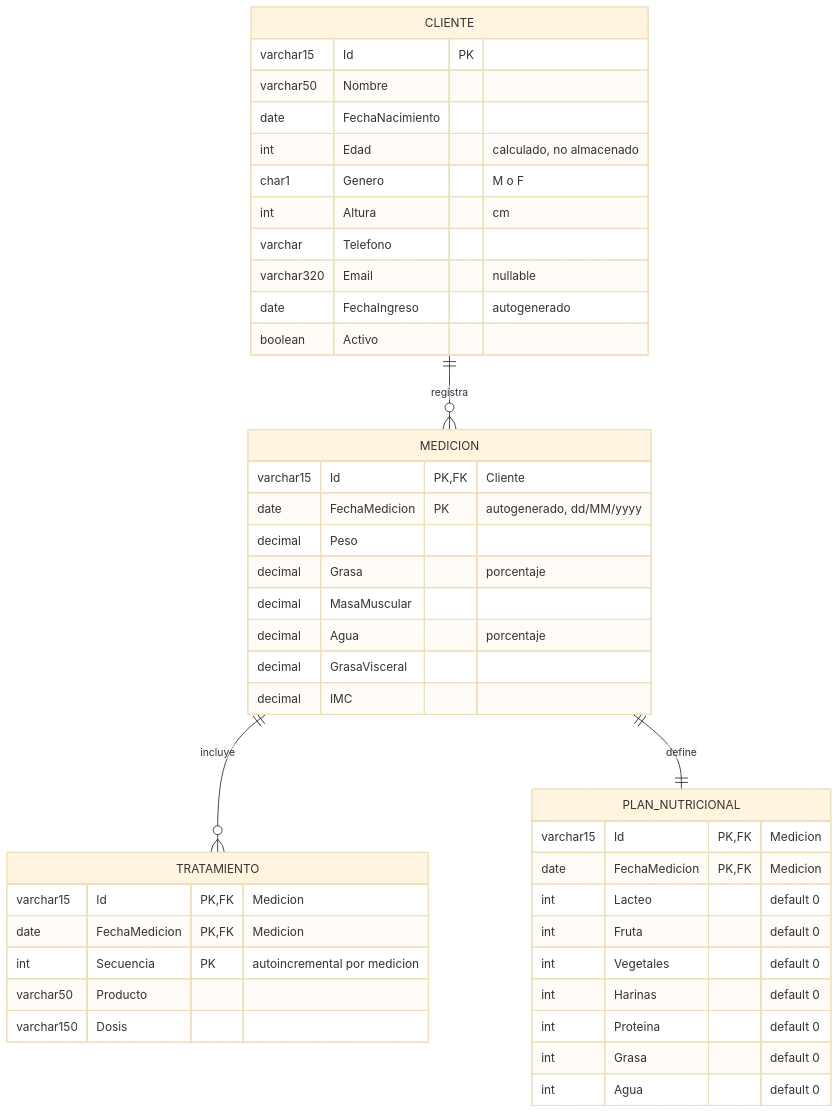
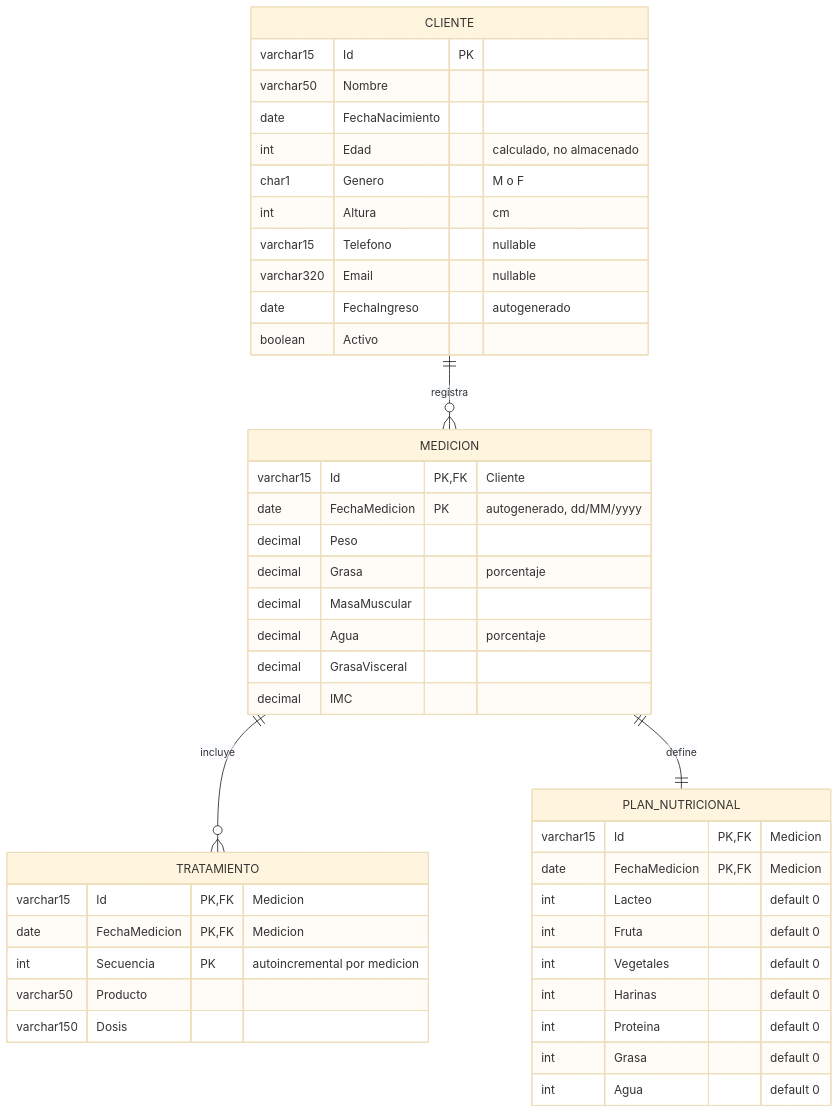
The fifth of 5 diagrams in readme.md (Jcordero4/AI4Devs-finalproject), drawn with Mermaid (base theme) before and after one commit. The commit also changed other lines of this file and 58 other files, not shown here.

````diff
--- a/readme.md
+++ b/readme.md
@@ -313,50 +313,50 @@
 ```mermaid
 erDiagram
     CLIENTE ||--o{ MEDICION : "registra"
     MEDICION ||--o{ TRATAMIENTO : "incluye"
     MEDICION ||--|| PLAN_NUTRICIONAL : "define"
 
     CLIENTE {
         varchar15 Id PK
         varchar50 Nombre
         date FechaNacimiento
         int Edad "calculado, no almacenado"
         char1 Genero "M o F"
         int Altura "cm"
-        varchar Telefono
+        varchar15 Telefono "nullable"
         varchar320 Email "nullable"
         date FechaIngreso "autogenerado"
         boolean Activo
     }
 
     MEDICION {
         varchar15 Id PK, FK "Cliente"
         date FechaMedicion PK "autogenerado, dd/MM/yyyy"
         decimal Peso
         decimal Grasa "porcentaje"
         decimal MasaMuscular
         decimal Agua "porcentaje"
         decimal GrasaVisceral
         decimal IMC
     }
 
     TRATAMIENTO {
         varchar15 Id PK, FK "Medicion"
         date FechaMedicion PK, FK "Medicion"
         int Secuencia PK "autoincremental por medicion"
         varchar50 Producto
         varchar150 Dosis
     }
 
     PLAN_NUTRICIONAL {
         varchar15 Id PK, FK "Medicion"
         date FechaMedicion PK, FK "Medicion"
         int Lacteo "default 0"
         int Fruta "default 0"
         int Vegetales "default 0"
         int Harinas "default 0"
         int Proteina "default 0"
         int Grasa "default 0"
         int Agua "default 0"
     }
 ```
````
